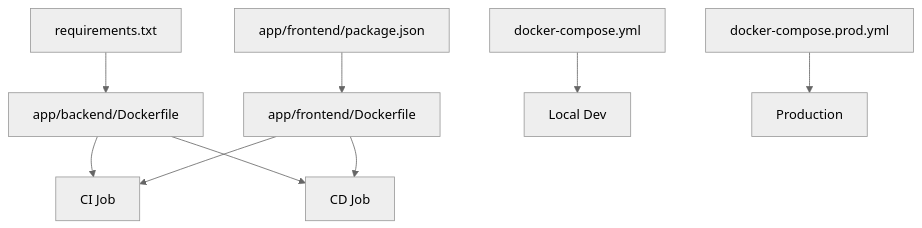
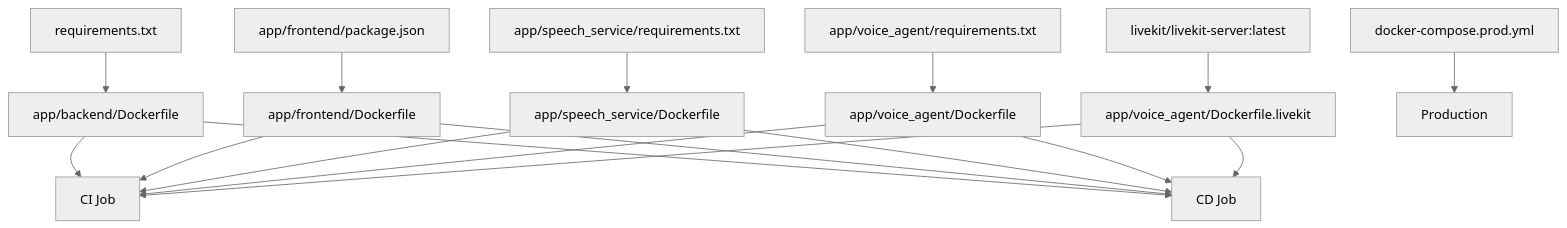
Diagram 13 of 13 in .qoder/repowiki/en/content/Deployment & DevOps/CI_CD Pipelines.md (Revanththetalogics/aireume), drawn with Mermaid (neutral theme) before and after one commit. The commit also changed other lines of this file and 39 other files, not shown here.

````diff
--- a/.qoder/repowiki/en/content/Deployment & DevOps/CI_CD Pipelines.md
+++ b/.qoder/repowiki/en/content/Deployment & DevOps/CI_CD Pipelines.md
@@ -328,11 +502,19 @@
 ```mermaid
 graph TB
 Req["requirements.txt"] --> BDF["app/backend/Dockerfile"]
 Pkg["app/frontend/package.json"] --> FDF["app/frontend/Dockerfile"]
+SSReq["app/speech_service/requirements.txt"] --> SSDF["app/speech_service/Dockerfile"]
+VAReq["app/voice_agent/requirements.txt"] --> VASDF["app/voice_agent/Dockerfile"]
+LKBase["livekit/livekit-server:latest"] --> LKDF["app/voice_agent/Dockerfile.livekit"]
 BDF --> CI["CI Job"]
 FDF --> CI
+SSDF --> CI
+VASDF --> CI
+LKDF --> CI
 BDF --> CD["CD Job"]
 FDF --> CD
-DCDev["docker-compose.yml"] --> Local["Local Dev"]
+SSDF --> CD
+VASDF --> CD
+LKDF --> CD
 DCProd["docker-compose.prod.yml"] --> Prod["Production"]
 ```
````
